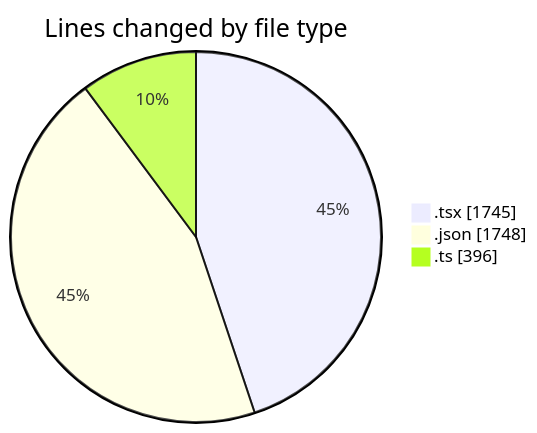
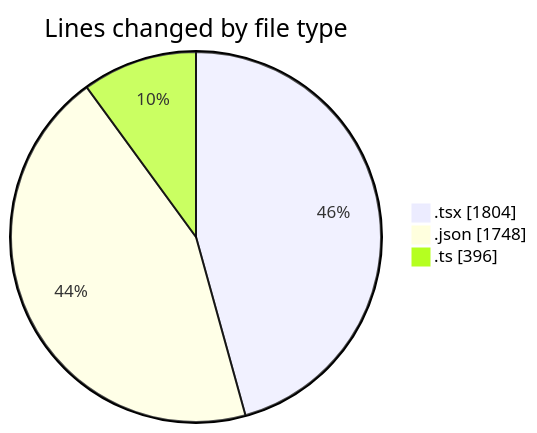
The first of 2 diagrams in 2025-10-30/eventscop-frontend-guide__workspace_/README.md (julien-gomy/code-tracking), drawn with Mermaid before and after one commit. The commit also changed other lines of this file and 1 other file, not shown here.

````diff
--- a/2025-10-30/eventscop-frontend-guide__workspace_/README.md
+++ b/2025-10-30/eventscop-frontend-guide__workspace_/README.md
@@ -35,7 +36,7 @@
 ```mermaid
 pie showData
 title Lines changed by file type
-".tsx" : 1745
+".tsx" : 1804
 ".json" : 1748
 ".ts" : 396
 ```
````
